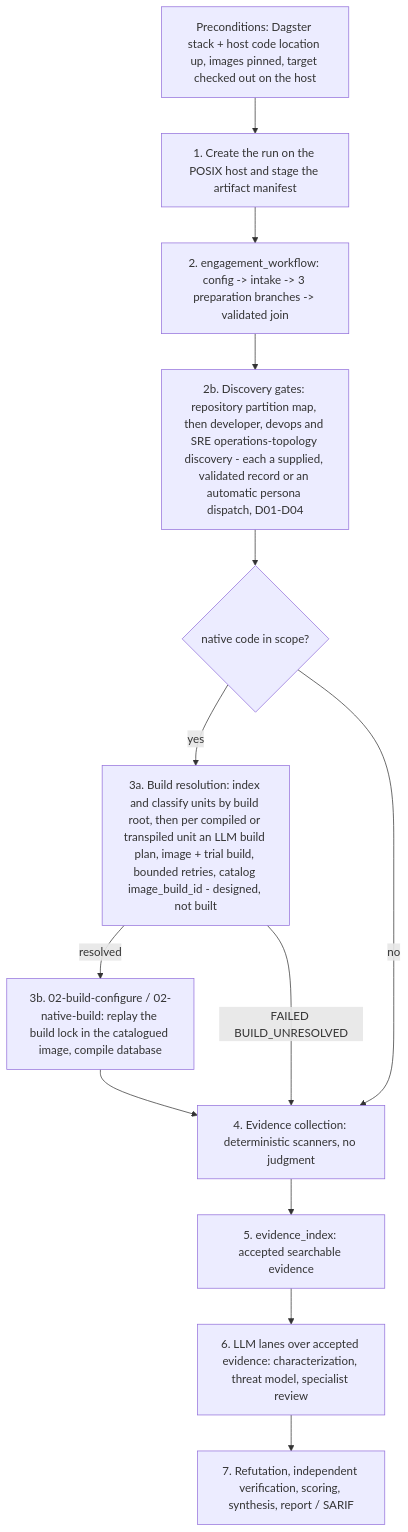
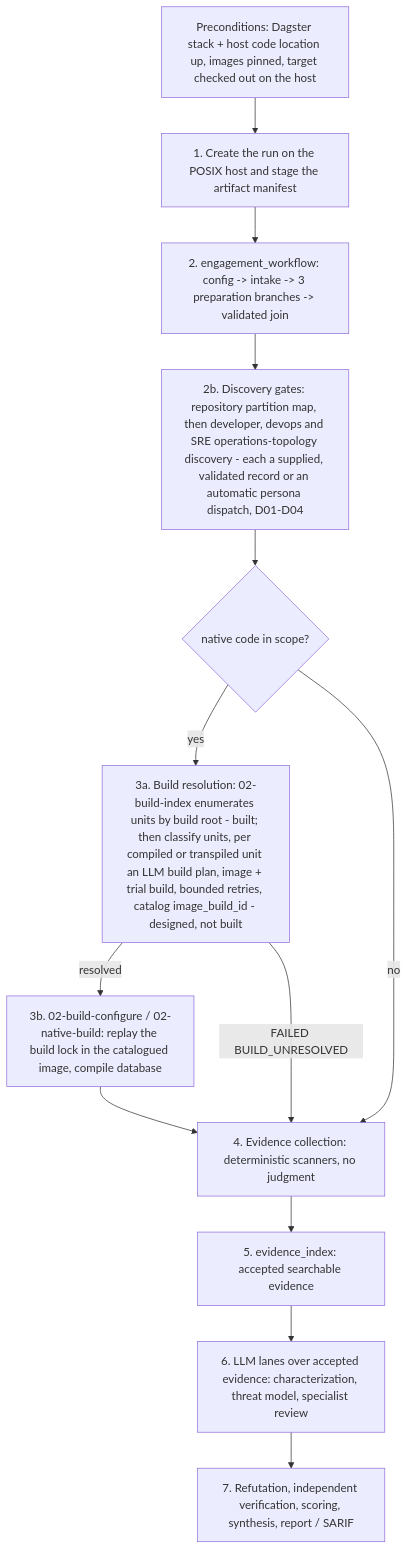
The diagram in docs/processes/engagement-start.md (wsollers/appsec-review), drawn with Mermaid before and after one commit. The commit also changed other lines of this file and 8 other files, not shown here.

First line of the commit message:
build-index docs (step 5)

````diff
--- a/docs/processes/engagement-start.md
+++ b/docs/processes/engagement-start.md
@@ -16,15 +16,15 @@
 ```mermaid
 flowchart TD
   P0[Preconditions: Dagster stack + host code location up, images pinned, target checked out on the host] --> S1
   S1[1. Create the run on the POSIX host and stage the artifact manifest] --> S2
   S2[2. engagement_workflow: config -> intake -> 3 preparation branches -> validated join] --> S2b
   S2b[2b. Discovery gates: repository partition map, then developer, devops and SRE operations-topology discovery - each a supplied, validated record or an automatic persona dispatch, D01-D04] --> G1{native code in scope?}
-  G1 -- yes --> S3a[3a. Build resolution: index and classify units by build root, then per compiled or transpiled unit an LLM build plan, image + trial build, bounded retries, catalog image_build_id - designed, not built]
+  G1 -- yes --> S3a[3a. Build resolution: 02-build-index enumerates units by build root - built; then classify units, per compiled or transpiled unit an LLM build plan, image + trial build, bounded retries, catalog image_build_id - designed, not built]
   S3a -- resolved --> S3[3b. 02-build-configure / 02-native-build: replay the build lock in the catalogued image, compile database]
   S3a -- FAILED BUILD_UNRESOLVED --> S4
   G1 -- no --> S4
   S3 --> S4[4. Evidence collection: deterministic scanners, no judgment]
   S4 --> S5[5. evidence_index: accepted searchable evidence]
   S5 --> S6[6. LLM lanes over accepted evidence: characterization, threat model, specialist review]
   S6 --> S7[7. Refutation, independent verification, scoring, synthesis, report / SARIF]
 ```
````
